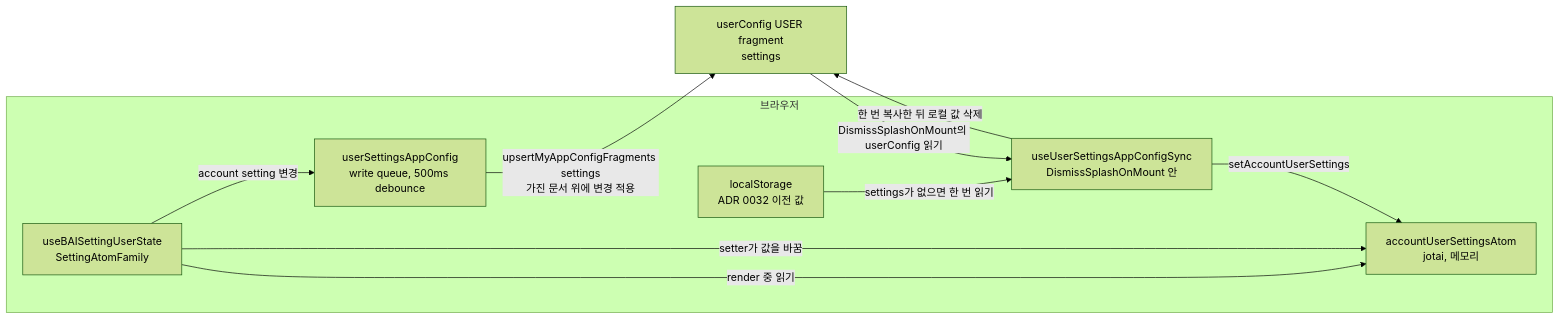
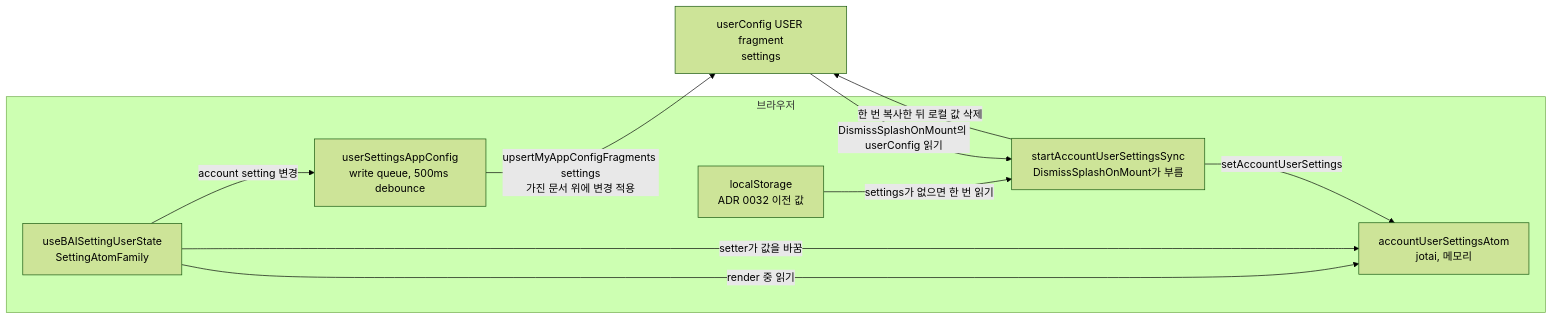
The diagram in docs/adr/0032-personal-settings-in-the-user-app-config.ko.md (lablup/backend.ai-webui), drawn with Mermaid (forest theme) before and after one commit. The commit also changed other lines of this file and 7 other files, not shown here.

First line of the commit message:
refactor(#10435): start the account settings sync from DismissSplashOnMount as a plain function

````diff
--- a/docs/adr/0032-personal-settings-in-the-user-app-config.ko.md
+++ b/docs/adr/0032-personal-settings-in-the-user-app-config.ko.md
@@ -24,19 +24,19 @@
 ```mermaid
 flowchart LR
   subgraph browser["브라우저"]
     hook["useBAISettingUserState<br/>SettingAtomFamily"]
     memory["accountUserSettingsAtom<br/>jotai, 메모리"]
     legacy["localStorage<br/>ADR 0032 이전 값"]
     queue["userSettingsAppConfig<br/>write queue, 500ms debounce"]
-    sync["useUserSettingsAppConfigSync<br/>DismissSplashOnMount 안"]
+    sync["startAccountUserSettingsSync<br/>DismissSplashOnMount가 부름"]
   end
   user["userConfig USER fragment<br/>settings"]
   hook -- "render 중 읽기" --> memory
   hook -- "setter가 값을 바꿈" --> memory
   hook -- "account setting 변경" --> queue
   queue -- "upsertMyAppConfigFragments settings<br/>가진 문서 위에 변경 적용" --> user
   user -- "DismissSplashOnMount의 userConfig 읽기" --> sync
   sync -- "setAccountUserSettings" --> memory
   legacy -- "settings가 없으면 한 번 읽기" --> sync
   sync -- "한 번 복사한 뒤 로컬 값 삭제" --> user
 ```
````
